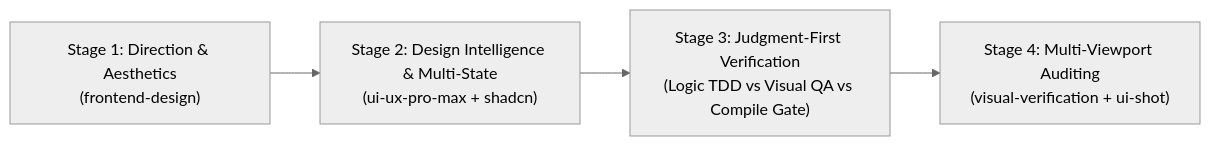
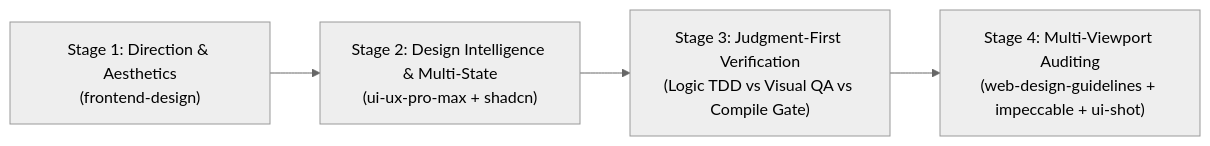
The first of 2 diagrams in README.md (samwork64/hyperpowers), drawn with Mermaid (neutral theme) before and after one commit. The commit also changed other lines of this file and 3 other files, not shown here.

````diff
--- a/README.md
+++ b/README.md
@@ -48,6 +118,6 @@
 ```mermaid
 flowchart LR
     A["Stage 1: Direction & Aesthetics<br/>(frontend-design)"] --> B["Stage 2: Design Intelligence & Multi-State<br/>(ui-ux-pro-max + shadcn)"]
     B --> C["Stage 3: Judgment-First Verification<br/>(Logic TDD vs Visual QA vs Compile Gate)"]
-    C --> D["Stage 4: Multi-Viewport Auditing<br/>(visual-verification + ui-shot)"]
+    C --> D["Stage 4: Multi-Viewport Auditing<br/>(web-design-guidelines + impeccable + ui-shot)"]
 ```
````
